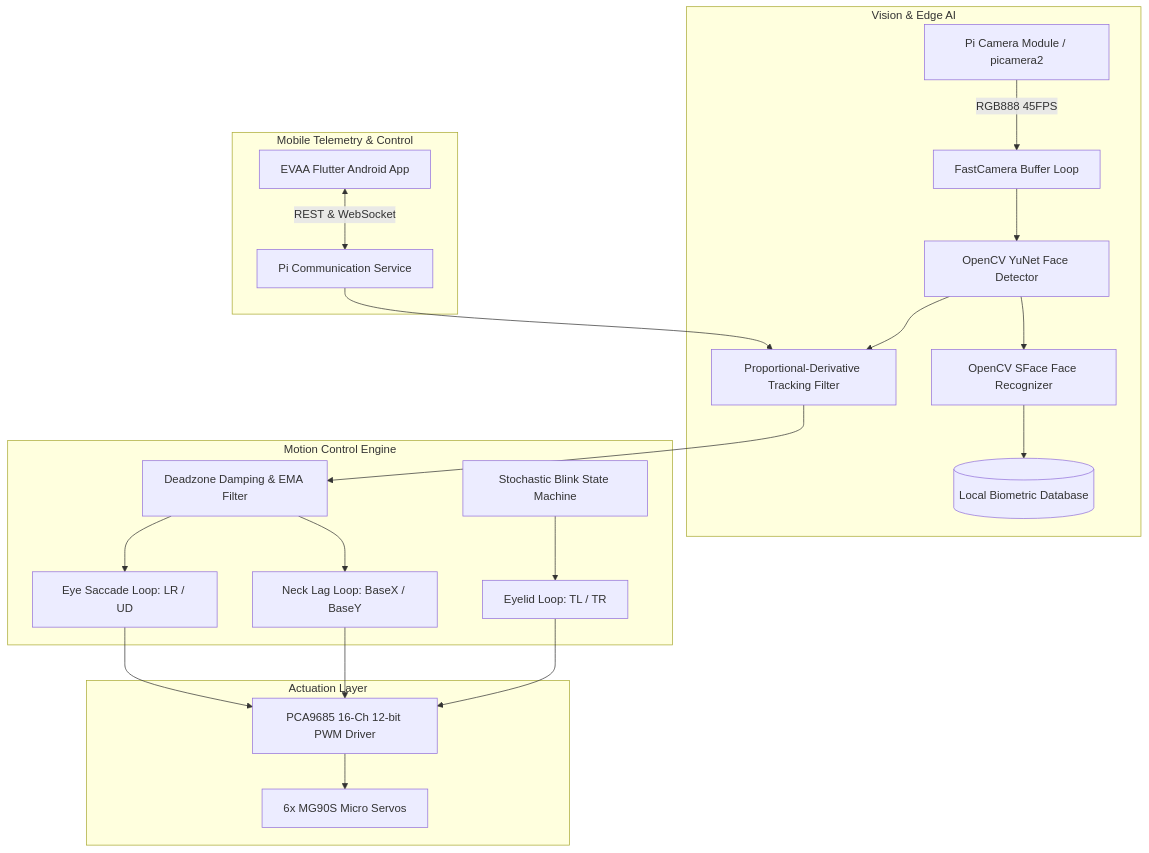
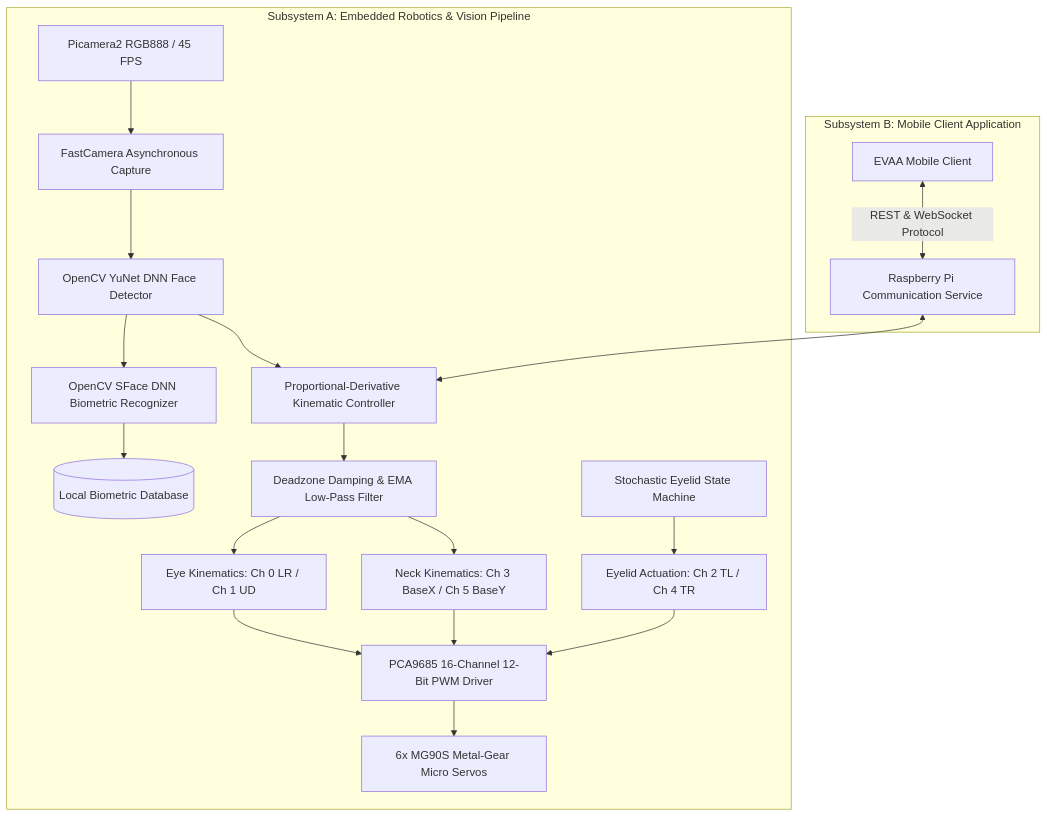
Before and after one commit to salkeomkar578-lab/EVAA..: the diagram in README.md, drawn with Mermaid. The commit also changed other lines of this file, not shown here.

Commit message:
docs: Refine README with engineering specifications, direct APK link, and subsystem architecture separation

````diff
--- a/README.md
+++ b/README.md
@@ -36,29 +44,23 @@
 ```mermaid
 graph TD
-    subgraph Vision & Edge AI
-        CAM[Pi Camera Module / picamera2] -->|RGB888 45FPS| PIPELINE[FastCamera Buffer Loop]
-        PIPELINE --> YUNET[OpenCV YuNet Face Detector]
-        YUNET --> TRACK[Proportional-Derivative Tracking Filter]
-        YUNET --> SFACE[OpenCV SFace Face Recognizer]
-        SFACE --> DB[(Local Biometric Database)]
+    subgraph Subsystem A: Embedded Robotics & Vision Pipeline
+        CAM[Picamera2 RGB888 / 45 FPS] --> BUF[FastCamera Asynchronous Capture]
+        BUF --> DET[OpenCV YuNet DNN Face Detector]
+        DET --> PD[Proportional-Derivative Kinematic Controller]
+        DET --> REC[OpenCV SFace DNN Biometric Recognizer]
+        REC --> DB[(Local Biometric Database)]
+        PD --> FILT[Deadzone Damping & EMA Low-Pass Filter]
+        FILT --> SACCADE[Eye Kinematics: Ch 0 LR / Ch 1 UD]
+        FILT --> INERTIA[Neck Kinematics: Ch 3 BaseX / Ch 5 BaseY]
+        BLINK[Stochastic Eyelid State Machine] --> LIDS[Eyelid Actuation: Ch 2 TL / Ch 4 TR]
+        SACCADE --> PCA[PCA9685 16-Channel 12-Bit PWM Driver]
+        INERTIA --> PCA
+        LIDS --> PCA
+        PCA --> ACTUATORS[6x MG90S Metal-Gear Micro Servos]
     end
 
-    subgraph Motion Control Engine
-        TRACK --> DEADZONE[Deadzone Damping & EMA Filter]
-        DEADZONE --> EYES[Eye Saccade Loop: LR / UD]
-        DEADZONE --> NECK[Neck Lag Loop: BaseX / BaseY]
-        BLINK[Stochastic Blink State Machine] --> EYELIDS[Eyelid Loop: TL / TR]
-    end
-
-    subgraph Actuation Layer
-        EYES --> PCA[PCA9685 16-Ch 12-bit PWM Driver]
-        NECK --> PCA
-        EYELIDS --> PCA
-        PCA --> SERVOS[6x MG90S Micro Servos]
-    end
-
-    subgraph Mobile Telemetry & Control
-        APP[EVAA Flutter Android App] <-->|REST & WebSocket| SERVER[Pi Communication Service]
-        SERVER --> TRACK
+    subgraph Subsystem B: Mobile Client Application
+        APP[EVAA Mobile Client] <-->|REST & WebSocket Protocol| COMM[Raspberry Pi Communication Service]
+        COMM <--> PD
     end
 ```
````
